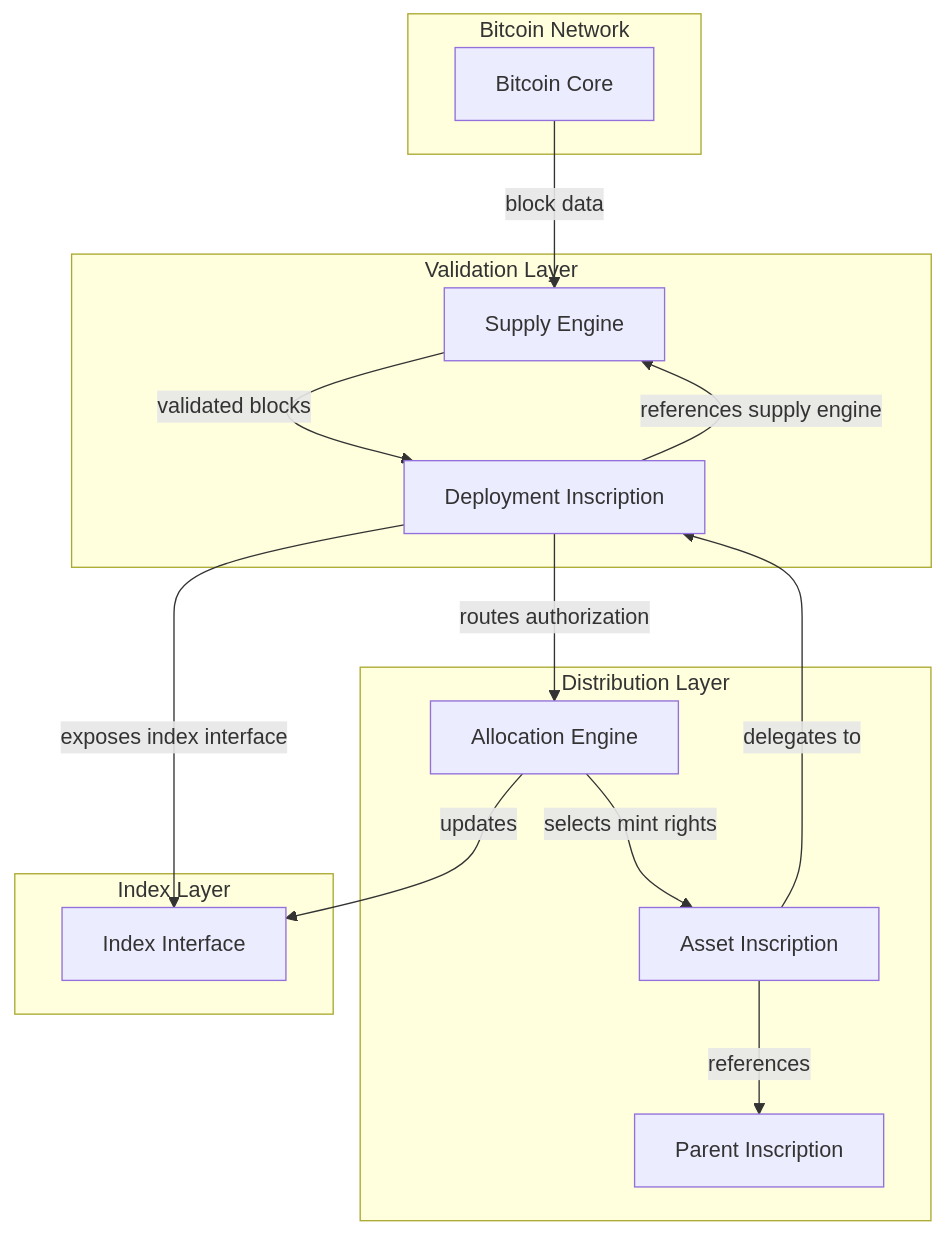
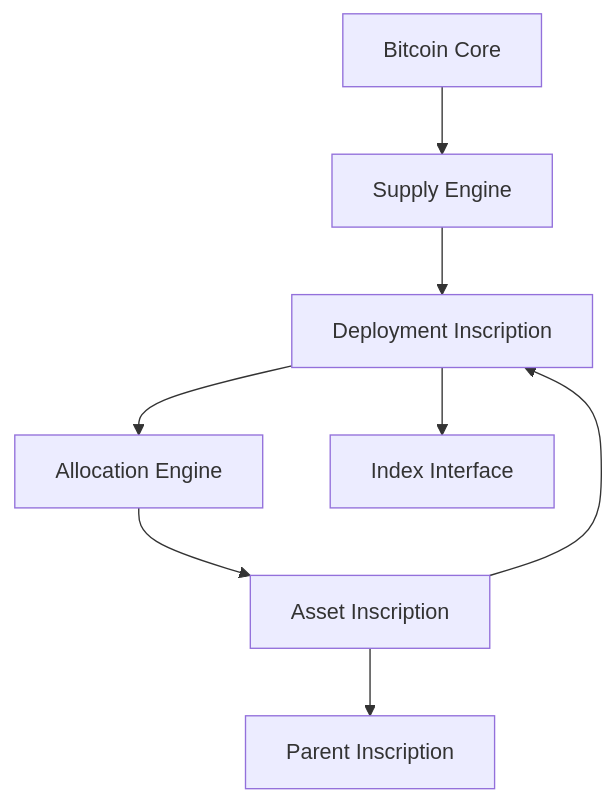
The diagram in P2P Perpetual Distribution/01-p2p-perpetual-distribution.md (evonbit/bitcoin-native-systems), drawn with Mermaid before and after one commit.

````diff
--- a/P2P Perpetual Distribution/01-p2p-perpetual-distribution.md
+++ b/P2P Perpetual Distribution/01-p2p-perpetual-distribution.md
@@ -47,36 +47,10 @@
 ```mermaid
 graph TD
-    %% --- Bitcoin Layer ---
-    subgraph Bitcoin Network
-        A[Bitcoin Core]
-    end
-
-    %% --- Validation Layer ---
-    subgraph Validation Layer
-        B[Supply Engine]
-        C[Deployment Inscription]
-    end
-
-    %% --- Distribution Layer ---
-    subgraph Distribution Layer
-        D[Allocation Engine]
-        E[Asset Inscription]
-        F[Parent Inscription]
-    end
-
-    %% --- Index Layer ---
-    subgraph Index Layer
-        G[Index Interface]
-    end
-
-    %% --- Relationships ---
-    A -->|block data| B
-    B -->|validated blocks| C
-    C -->|references supply engine| B
-    C -->|routes authorization| D
-    D -->|selects mint rights| E
-    E -->|references| F
-    E -->|delegates to| C
-    D -->|updates| G
-    C -->|exposes index interface| G
+    A[Bitcoin Core] --> B[Supply Engine]
+    B --> C[Deployment Inscription]
+    C --> D[Allocation Engine]
+    D --> E[Asset Inscription]
+    E --> F[Parent Inscription]
+    E --> C
+    C --> G[Index Interface]
 ```
````
